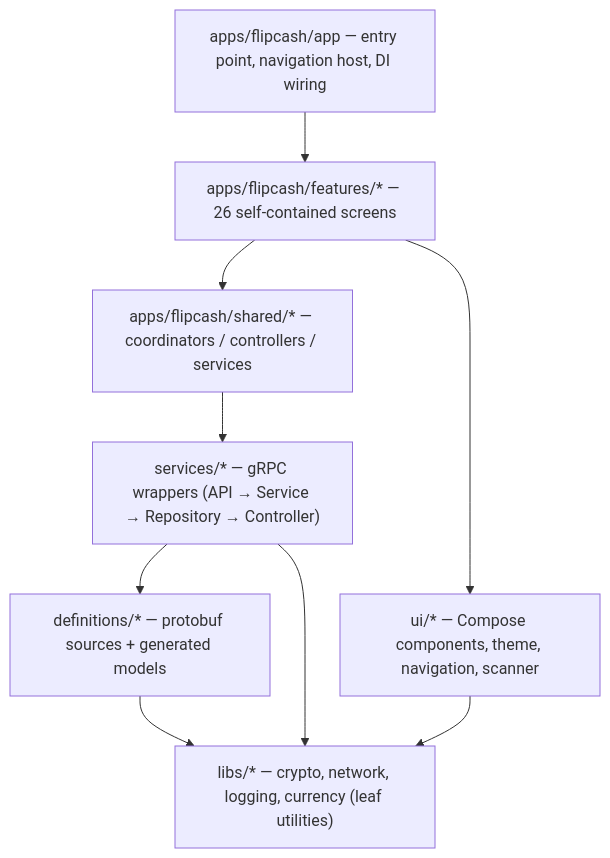
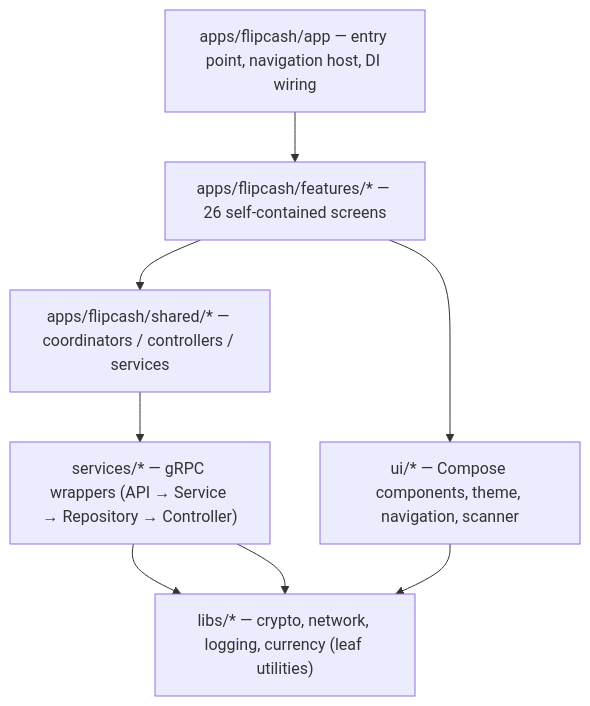
The diagram in README.md (code-payments/code-android-app), drawn with Mermaid before and after one commit. The commit also changed other lines of this file and 62 other files, not shown here.

````diff
--- a/README.md
+++ b/README.md
@@ -59,14 +59,13 @@
 ```mermaid
 graph TD
     App["apps/flipcash/app — entry point, navigation host, DI wiring"]
     Features["apps/flipcash/features/* — 26 self-contained screens"]
     Shared["apps/flipcash/shared/* — coordinators / controllers / services"]
     Services["services/* — gRPC wrappers (API → Service → Repository → Controller)"]
-    Defs["definitions/* — protobuf sources + generated models"]
     UI["ui/* — Compose components, theme, navigation, scanner"]
     Libs["libs/* — crypto, network, logging, currency (leaf utilities)"]
 
-    App --> Features --> Shared --> Services --> Defs --> Libs
+    App --> Features --> Shared --> Services --> Libs
     Features --> UI --> Libs
     Services --> Libs
 ```
````
